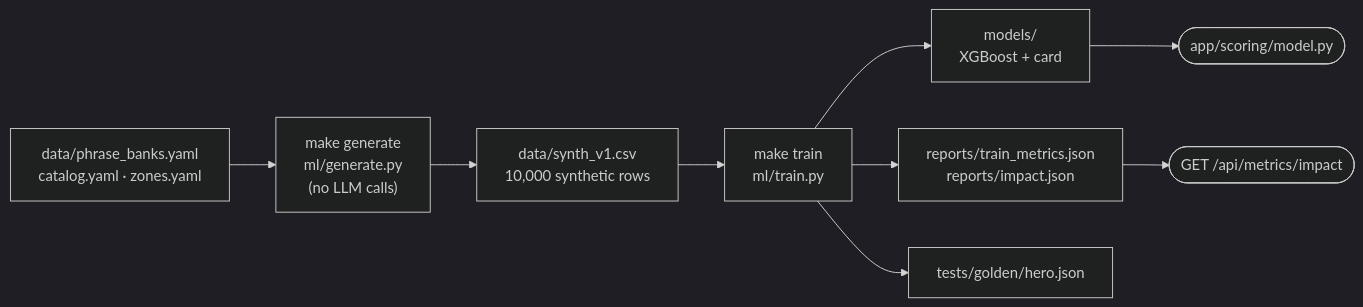
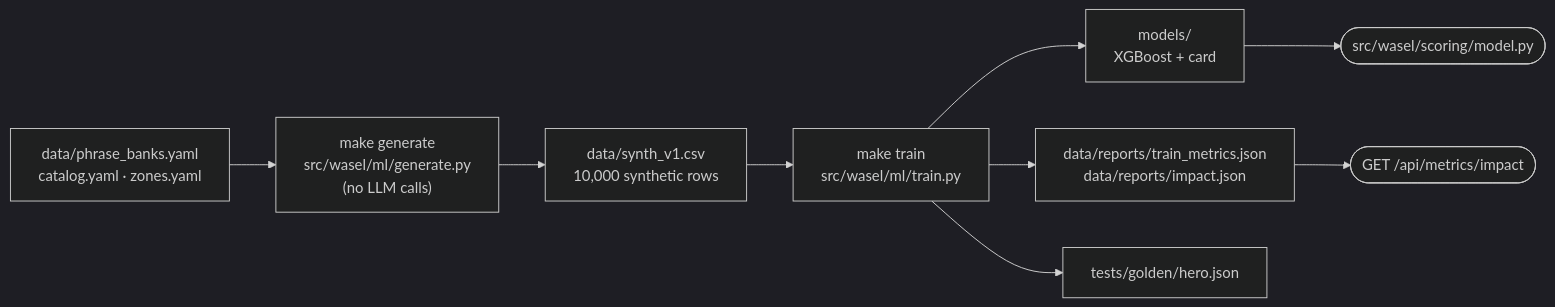
Before and after one commit to omarbounawarapy/wasel: the seventh of 7 diagrams in docs/architecture.md, drawn with Mermaid (dark theme). The commit also changed other lines of this file and 218 other files, not shown here.

First line of the commit message:
Restructure repository into src/wasel package layout

````diff
--- a/docs/architecture.md
+++ b/docs/architecture.md
@@ -229,11 +229,11 @@
 ```mermaid
 flowchart LR
-    PB["data/phrase_banks.yaml<br/>catalog.yaml · zones.yaml"] --> GEN["make generate<br/>ml/generate.py<br/>(no LLM calls)"]
+    PB["data/phrase_banks.yaml<br/>catalog.yaml · zones.yaml"] --> GEN["make generate<br/>src/wasel/ml/generate.py<br/>(no LLM calls)"]
     GEN --> CSV["data/synth_v1.csv<br/>10,000 synthetic rows"]
-    CSV --> TR["make train<br/>ml/train.py"]
+    CSV --> TR["make train<br/>src/wasel/ml/train.py"]
     TR --> M["models/<br/>XGBoost + card"]
-    TR --> REP["reports/train_metrics.json<br/>reports/impact.json"]
+    TR --> REP["data/reports/train_metrics.json<br/>data/reports/impact.json"]
     TR --> GOLD["tests/golden/hero.json"]
-    M --> APP(["app/scoring/model.py"])
+    M --> APP(["src/wasel/scoring/model.py"])
     REP --> APP2(["GET /api/metrics/impact"])
 ```
````
